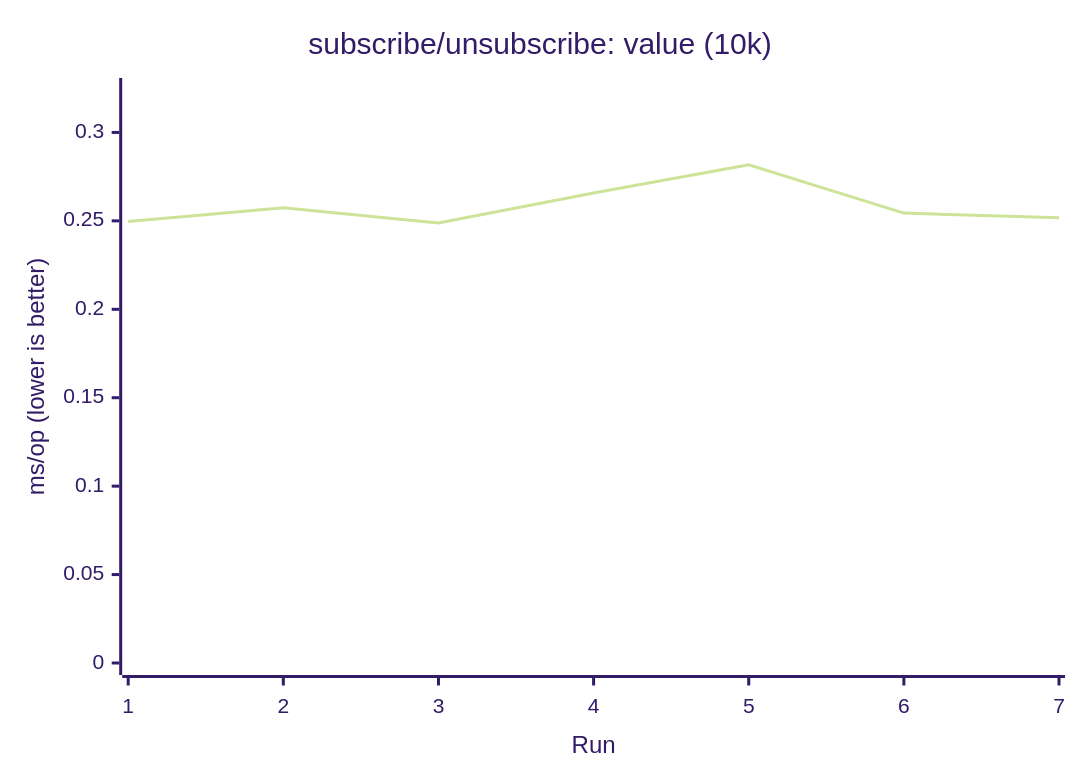
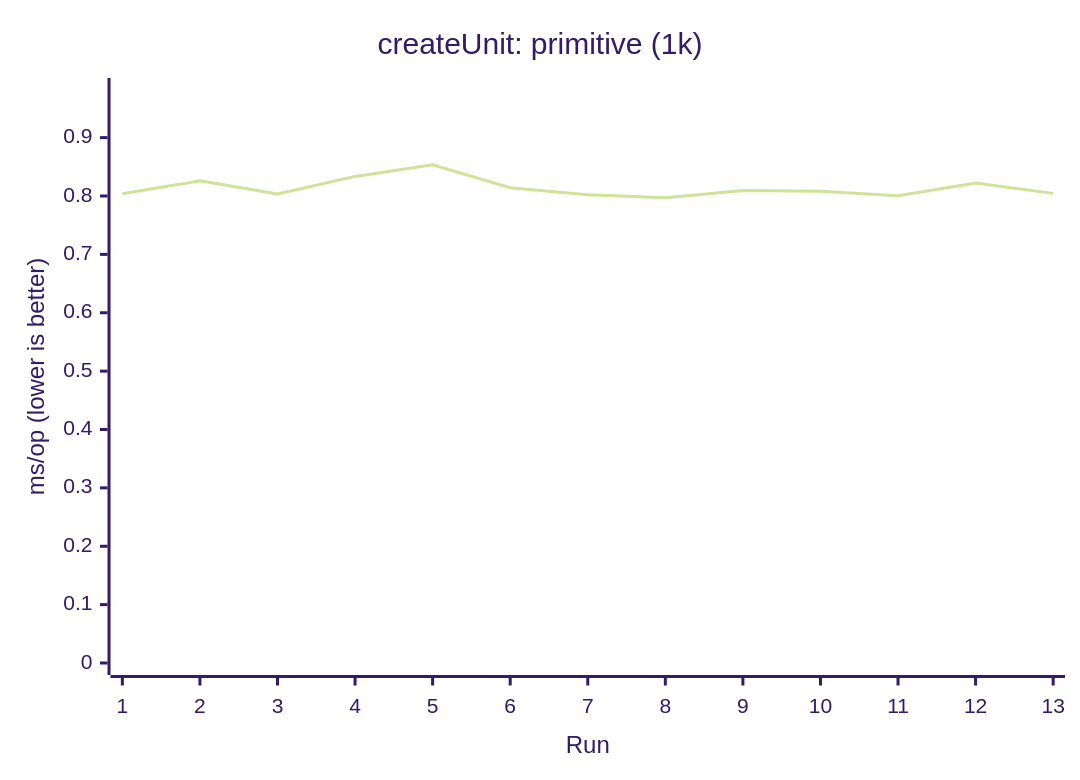
One commit to AIluffy/io changed diagram 17 of 17 in apps/docs/src/content/docs/en/guides/benchmark.mdx. Above: the diagram before and after it, drawn with Mermaid (forest theme). The commit also changed other lines of this file and 11 other files, not shown here.

````diff
--- a/apps/docs/src/content/docs/en/guides/benchmark.mdx
+++ b/apps/docs/src/content/docs/en/guides/benchmark.mdx
@@ -310,7 +419,7 @@
 ```mermaid
 xychart-beta
-  title "subscribe/unsubscribe: value (10k)"
-  x-axis "Run" [1, 2, 3, 4, 5, 6, 7]
-  y-axis "ms/op (lower is better)" 0 --> 0.324
-  line [0.2496, 0.2574, 0.2488, 0.2658, 0.2817, 0.2544, 0.2517]
+  title "createUnit: primitive (1k)"
+  x-axis "Run" [1, 2, 3, 4, 5, 6, 7, 8, 9, 10, 11, 12, 13]
+  y-axis "ms/op (lower is better)" 0 --> 0.9816
+  line [0.804, 0.8259, 0.8033, 0.8336, 0.8536, 0.8141, 0.8023, 0.7971, 0.8093, 0.808, 0.8005, 0.8222, 0.8045]
 ```
````
